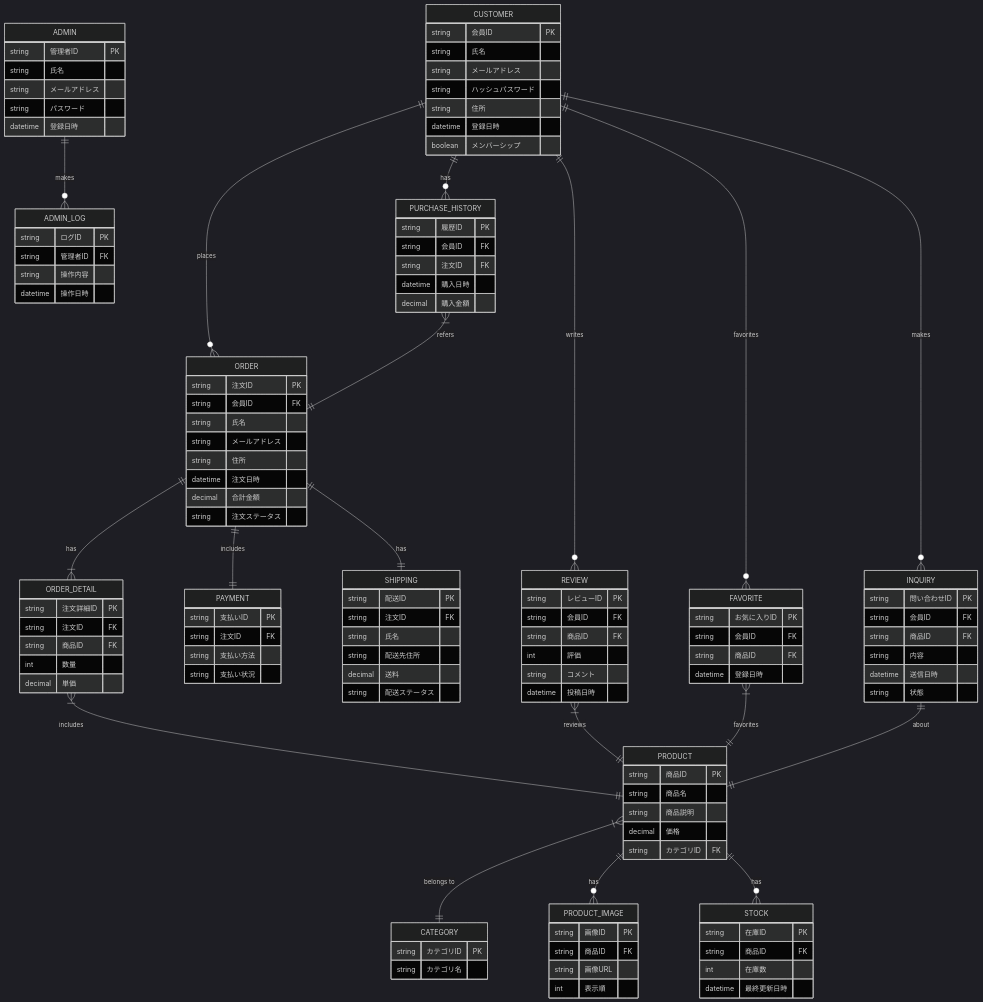
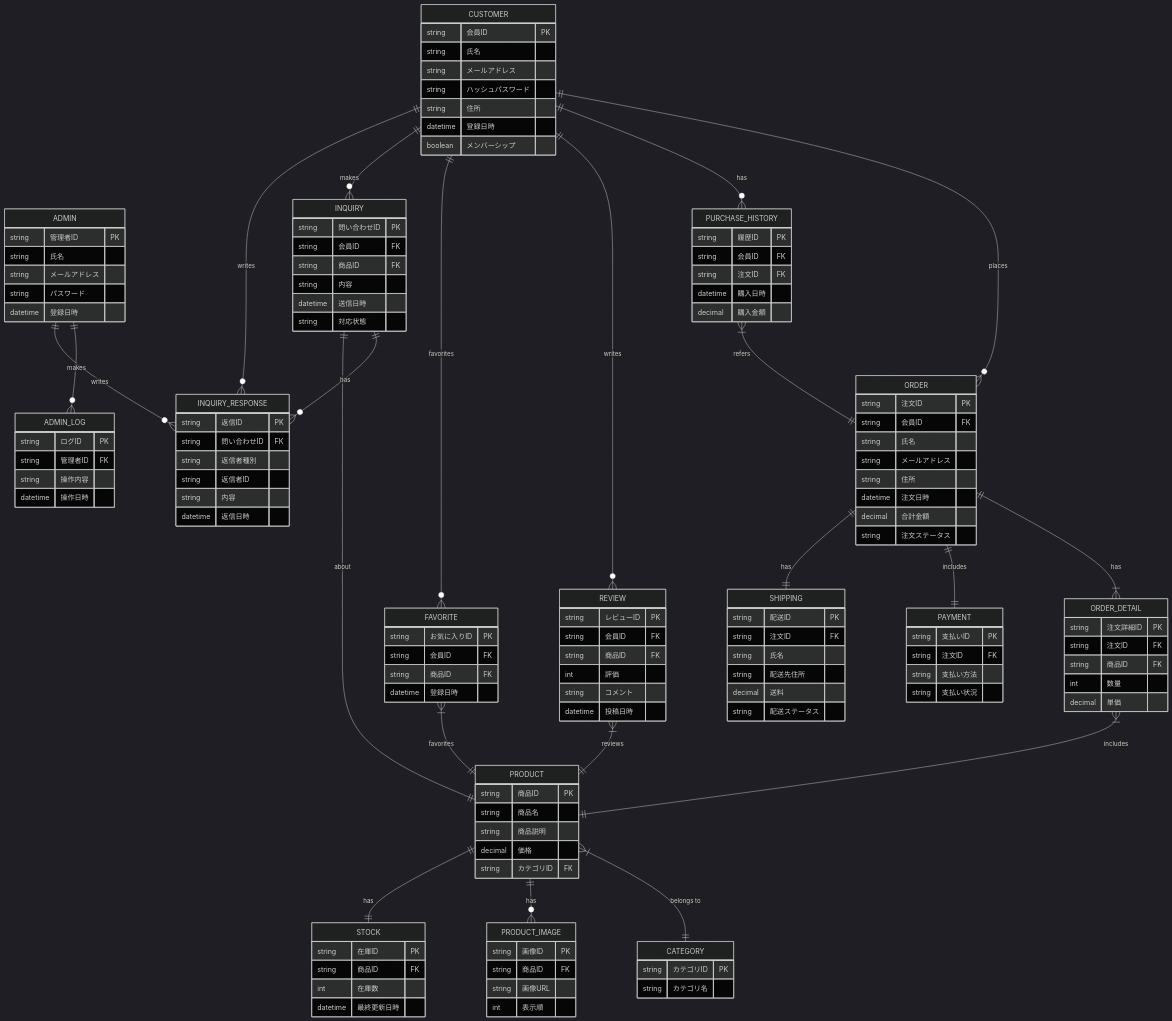
The fourth of 4 diagrams in 基本設計/D.md (YUKlT0/Equipe), drawn with Mermaid (dark theme) before and after one commit. The commit also changed other lines of this file, not shown here.

```diff
--- a/基本設計/D.md
+++ b/基本設計/D.md
@@ -471,11 +419,14 @@
     ORDER ||--|| SHIPPING : "has"
     ADMIN ||--o{ ADMIN_LOG : "makes"
 
-    PRODUCT ||--o{ STOCK : "has"
+    PRODUCT ||--|| STOCK : "has"
     CUSTOMER ||--o{ PURCHASE_HISTORY : "has"
     CUSTOMER ||--o{ REVIEW : "writes"
     CUSTOMER ||--o{ FAVORITE : "favorites"
     CUSTOMER ||--o{ INQUIRY : "makes"
+    INQUIRY ||--o{ INQUIRY_RESPONSE : "has"
+    ADMIN ||--o{ INQUIRY_RESPONSE : "writes"
+    CUSTOMER ||--o{ INQUIRY_RESPONSE : "writes"
 
     PURCHASE_HISTORY }|--|| ORDER : "refers"
     REVIEW }|--|| PRODUCT : "reviews"
@@ -599,6 +550,16 @@
         string 商品ID FK
         string 内容
         datetime 送信日時
-        string 状態
+        string 対応状態
     }
+
+    INQUIRY_RESPONSE {
+        string 返信ID PK
+        string 問い合わせID FK
+        string 返信者種別
+        string 返信者ID
+        string 内容
+        datetime 返信日時
+    }
+
 </div>
```
